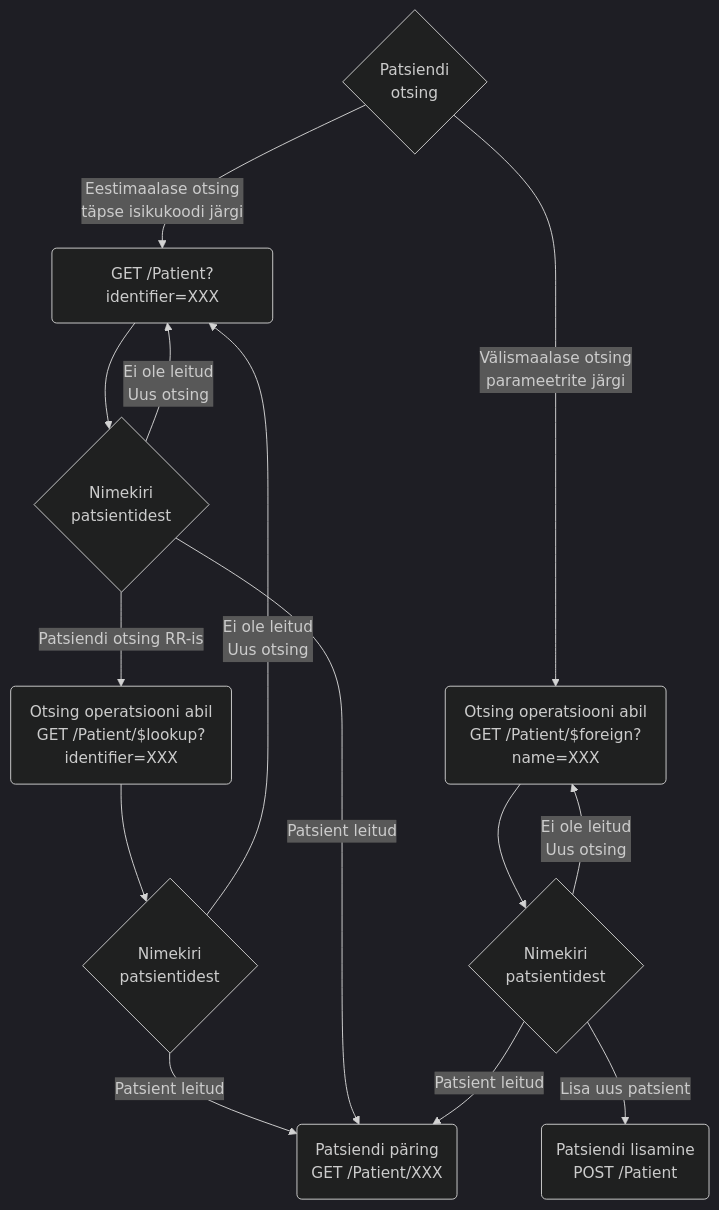
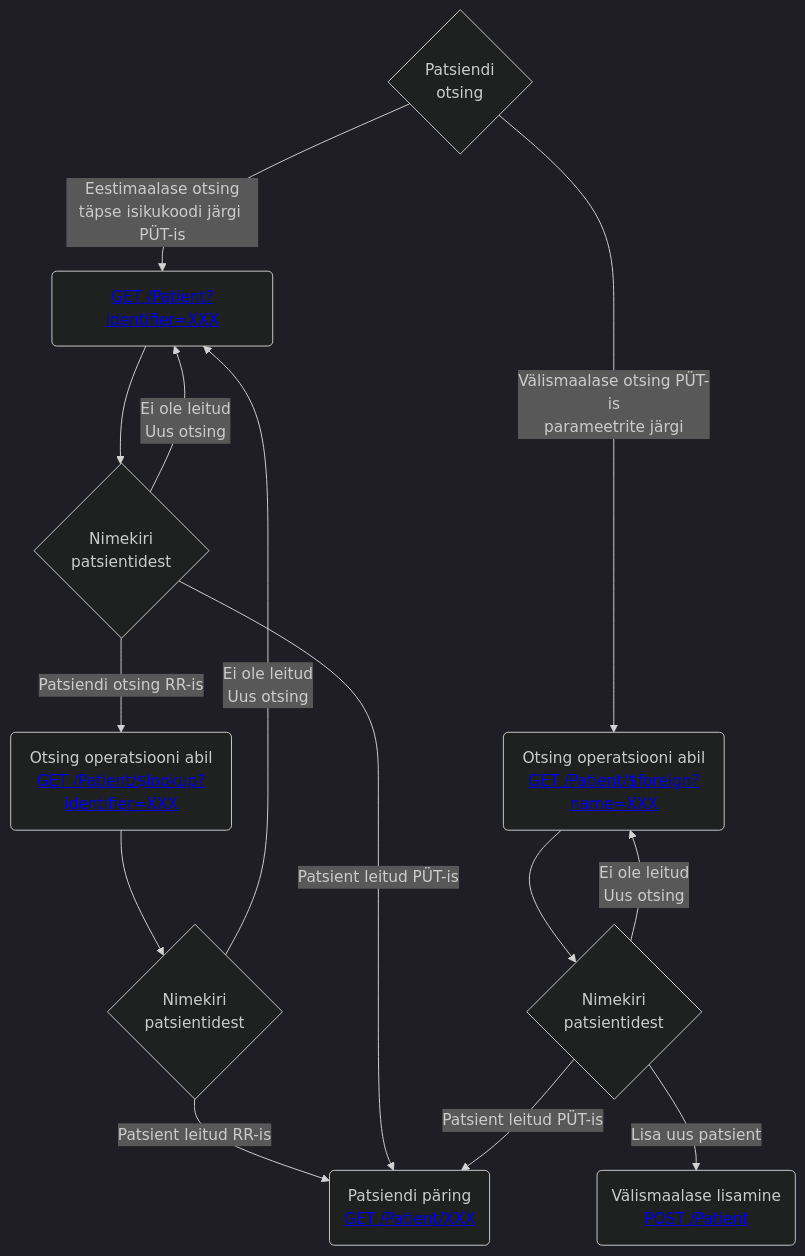
One commit to TEHIK-EE/ig-ee-mpi changed the second of 3 diagrams in ig/input/pagecontent/patient.md. Above: the diagram before and after it, drawn with Mermaid (dark theme). The commit also changed 1 other file, not shown here.

Commit message:
Lingid diagrammile

````diff
--- a/ig/input/pagecontent/patient.md
+++ b/ig/input/pagecontent/patient.md
@@ -40,17 +40,17 @@
 ```mermaid
 flowchart TD
-    A{Patsiendi\notsing} -->|Eestimaalase otsing\ntäpse isikukoodi järgi| B(GET /Patient?identifier=XXX)
+    A{Patsiendi\notsing} -->|Eestimaalase otsing\ntäpse isikukoodi järgi PÜT-is| B(<a href='dev.html#andmete-pärimine'>GET /Patient?identifier=XXX</a>)
     B --> MPIList1{Nimekiri\npatsientidest}
     MPIList1 --> |Ei ole leitud\nUus otsing| B
-    MPIList1 --> |Patsiendi otsing RR-is| RR(Otsing operatsiooni abil\nGET /Patient/$lookup?identifier=XXX)
+    MPIList1 --> |Patsiendi otsing RR-is| RR(Otsing operatsiooni abil\n<a href='operations.html#eesti-isikukoodiga-patsiendi-otsing'>GET /Patient/$lookup?identifier=XXX</a>)
     RR --> RRlist{Nimekiri\npatsientidest}
-    RRlist --> |Patsient leitud| Patient(Patsiendi päring\nGET /Patient/XXX)
+    RRlist --> |Patsient leitud RR-is| Patient(Patsiendi päring\n<a href='dev.html#ressurss'>GET /Patient/XXX</a>)
     RRlist --> |Ei ole leitud\nUus otsing| B
-    MPIList1 --> |Patsient leitud| Patient(Patsiendi päring\nGET /Patient/XXX)
+    MPIList1 --> |Patsient leitud PÜT-is| Patient
 
-    A --> |Välismaalase otsing\nparameetrite järgi| C(Otsing operatsiooni abil\nGET /Patient/$foreign?name=XXX)
+    A --> |Välismaalase otsing PÜT-is\nparameetrite järgi| C(Otsing operatsiooni abil\n<a href='operations.html#välismaalaste-otsing'>GET /Patient/$foreign?name=XXX</a>)
     C --> D{Nimekiri\npatsientidest}
     D --> |Ei ole leitud\nUus otsing| C
-    D --> |Patsient leitud| Patient
-    D --> |Lisa uus patsient| NewPatient(Patsiendi lisamine\nPOST /Patient)
+    D --> |Patsient leitud PÜT-is| Patient
+    D --> |Lisa uus patsient| NewPatient(Välismaalase lisamine\n<a href='uc.html#uc-02-patsient-teiese-riigi-dokumendiga'>POST /Patient</a>)
 ```
````
